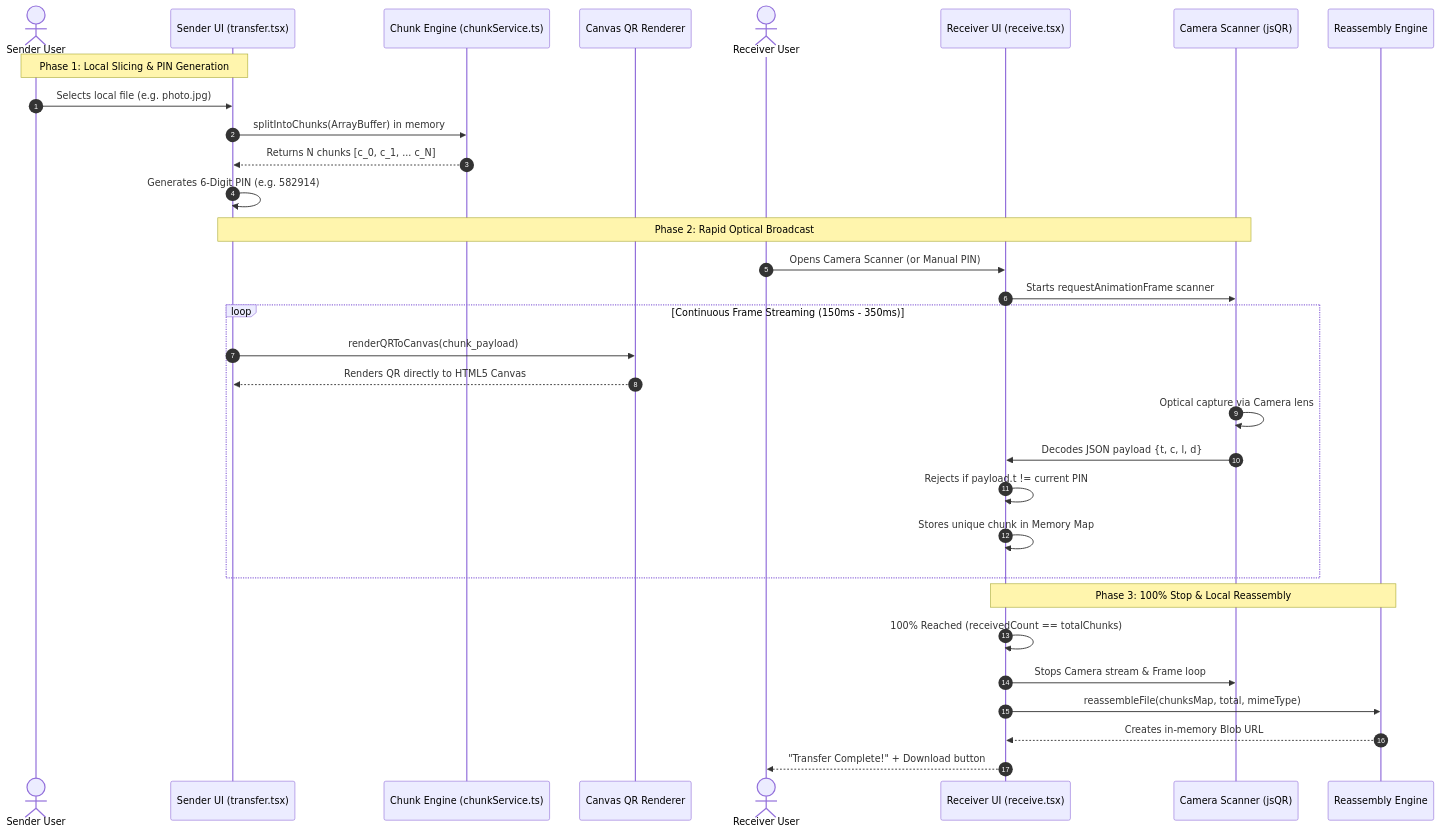
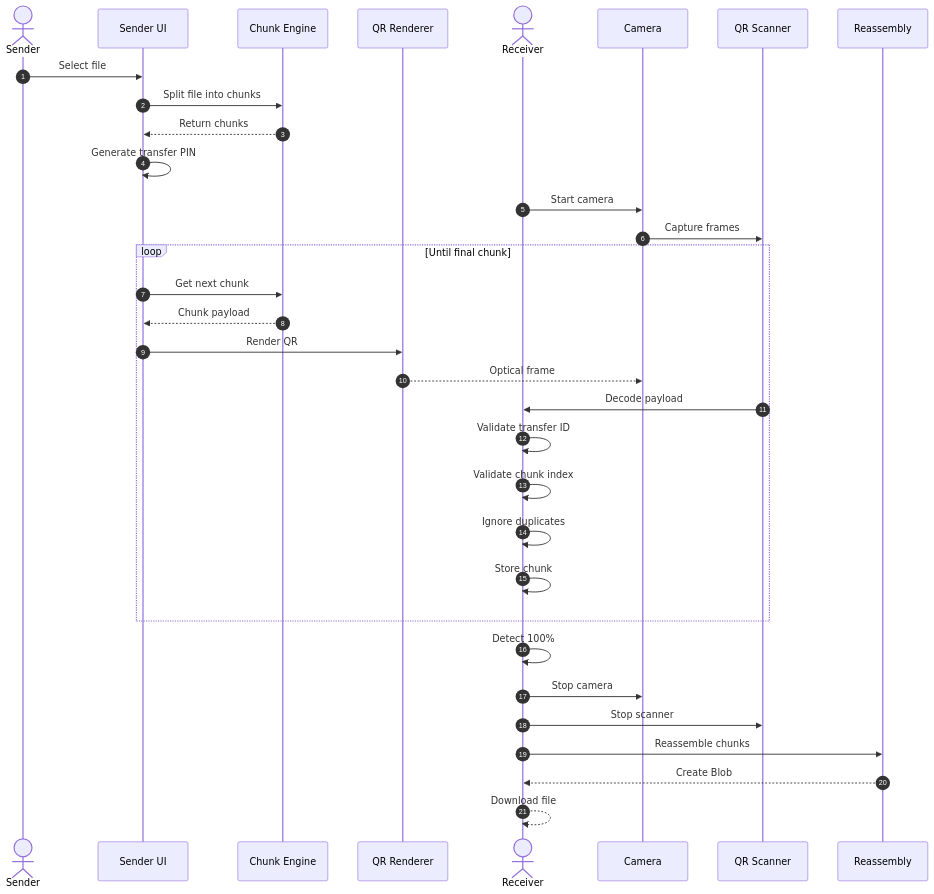
The second of 2 diagrams in README.md (sujalkathait93-lab/frameshare), drawn with Mermaid before and after one commit. The commit also changed other lines of this file, not shown here.

Commit message:
docs: update README with detailed optical protocol and architecture

````diff
--- a/README.md
+++ b/README.md
@@ -69,38 +195,40 @@
 ```mermaid
 sequenceDiagram
     autonumber
-    actor S as Sender User
-    participant SF as Sender UI (transfer.tsx)
-    participant CE as Chunk Engine (chunkService.ts)
-    participant QR as Canvas QR Renderer
-    actor R as Receiver User
-    participant RF as Receiver UI (receive.tsx)
-    participant CS as Camera Scanner (jsQR)
-    participant RS as Reassembly Engine
 
-    Note over S,SF: Phase 1: Local Slicing & PIN Generation
-    S->>SF: Selects local file (e.g. photo.jpg)
-    SF->>CE: splitIntoChunks(ArrayBuffer) in memory
-    CE-->>SF: Returns N chunks [c_0, c_1, ... c_N]
-    SF->>SF: Generates 6-Digit PIN (e.g. 582914)
+    actor S as Sender
+    participant UI as Sender UI
+    participant CE as Chunk Engine
+    participant QR as QR Renderer
+    actor R as Receiver
+    participant CAM as Camera
+    participant SC as QR Scanner
+    participant RA as Reassembly
 
-    Note over SF,CS: Phase 2: Rapid Optical Broadcast
-    R->>RF: Opens Camera Scanner (or Manual PIN)
-    RF->>CS: Starts requestAnimationFrame scanner
-    
-    loop Continuous Frame Streaming (150ms - 350ms)
-        SF->>QR: renderQRToCanvas(chunk_payload)
-        QR-->>SF: Renders QR directly to HTML5 Canvas
-        CS->>CS: Optical capture via Camera lens
-        CS->>RF: Decodes JSON payload {t, c, l, d}
-        RF->>RF: Rejects if payload.t != current PIN
-        RF->>RF: Stores unique chunk in Memory Map
+    S->>UI: Select file
+    UI->>CE: Split file into chunks
+    CE-->>UI: Return chunks
+    UI->>UI: Generate transfer PIN
+
+    R->>CAM: Start camera
+    CAM->>SC: Capture frames
+
+    loop Until final chunk
+        UI->>CE: Get next chunk
+        CE-->>UI: Chunk payload
+        UI->>QR: Render QR
+        QR-->>CAM: Optical frame
+        SC->>R: Decode payload
+        R->>R: Validate transfer ID
+        R->>R: Validate chunk index
+        R->>R: Ignore duplicates
+        R->>R: Store chunk
     end
 
-    Note over RF,RS: Phase 3: 100% Stop & Local Reassembly
-    RF->>RF: 100% Reached (receivedCount == totalChunks)
-    RF->>CS: Stops Camera stream & Frame loop
-    RF->>RS: reassembleFile(chunksMap, total, mimeType)
-    RS-->>RF: Creates in-memory Blob URL
-    RF-->>R: "Transfer Complete!" + Download button
+    R->>R: Detect 100%
+    R->>CAM: Stop camera
+    R->>SC: Stop scanner
+    R->>RA: Reassemble chunks
+    RA-->>R: Create Blob
+    R-->>R: Download file
 ```
````
